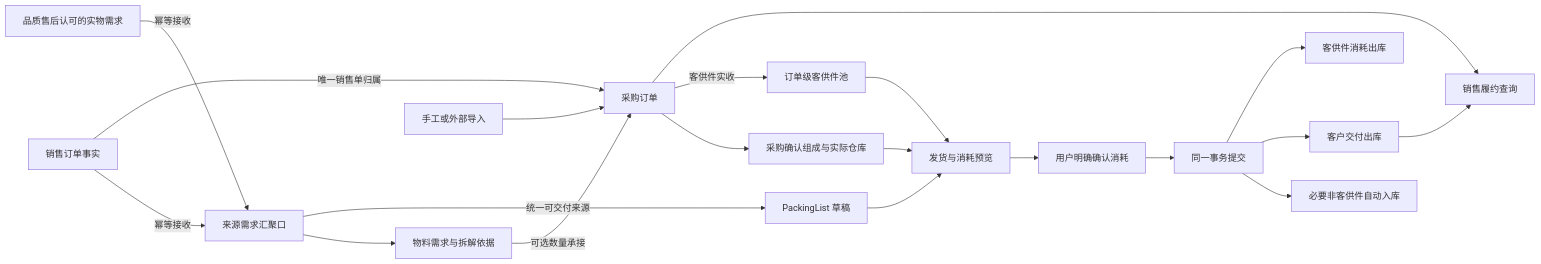
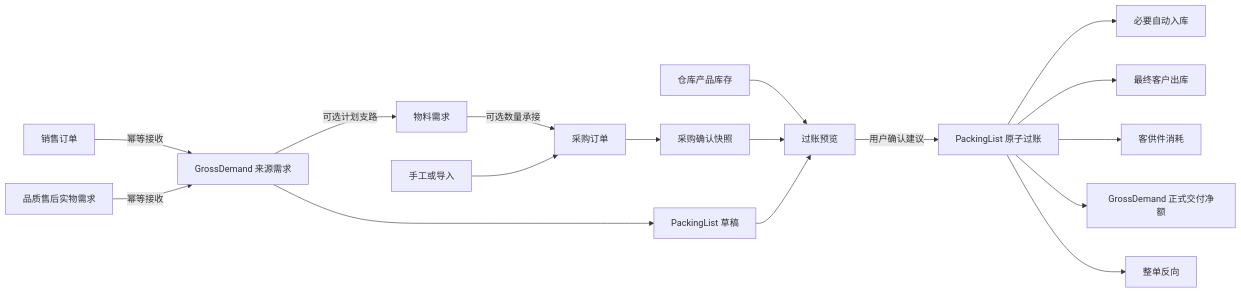
The diagram in .agents/references/ERP业务流程导航图.md (yanwei175/SwiftExport), drawn with Mermaid before and after one commit. The commit also changed other lines of this file and 48 other files, not shown here.

````diff
--- a/.agents/references/ERP业务流程导航图.md
+++ b/.agents/references/ERP业务流程导航图.md
@@ -9,22 +7,19 @@
 ```mermaid
 flowchart LR
-    SO[销售订单事实] -->|幂等接收| GD[来源需求汇聚口]
-    QA[品质售后认可的实物需求] -->|幂等接收| GD
-    GD --> ND[物料需求与拆解依据]
+    SO[销售订单] -->|幂等接收| GD[GrossDemand 来源需求]
+    QA[品质售后实物需求] -->|幂等接收| GD
+    GD -->|可选计划支路| ND[物料需求]
     ND -->|可选数量承接| PO[采购订单]
-    IMP[手工或外部导入] --> PO
-    SO -->|唯一销售单归属| PO
-    PO --> BASIS[采购确认组成与实际仓库]
-    PO -->|客供件实收| POOL[订单级客供件池]
-    GD -->|统一可交付来源| PL[PackingList 草稿]
-    BASIS --> PRE[发货与消耗预览]
-    POOL --> PRE
-    PL --> PRE
-    PRE --> ACK[用户明确确认消耗]
-    ACK --> TX[同一事务提交]
-    TX --> IN[必要非客供件自动入库]
-    TX --> OUT[客户交付出库]
-    TX --> USE[客供件消耗出库]
-    OUT --> Q[销售履约查询]
-    PO --> Q
+    IMP[手工或导入] --> PO
+    PO --> PC[采购确认快照]
+    GD --> PL[PackingList 草稿]
+    INV[仓库产品库存] --> PP[过账预览]
+    PC --> PP
+    PL --> PP
+    PP -->|用户确认建议| POST[PackingList 原子过账]
+    POST --> AIN[必要自动入库]
+    POST --> OUT[最终客户出库]
+    POST --> USE[客供件消耗]
+    POST --> NET[GrossDemand 正式交付净额]
+    POST --> REV[整单反向]
 ```
````
